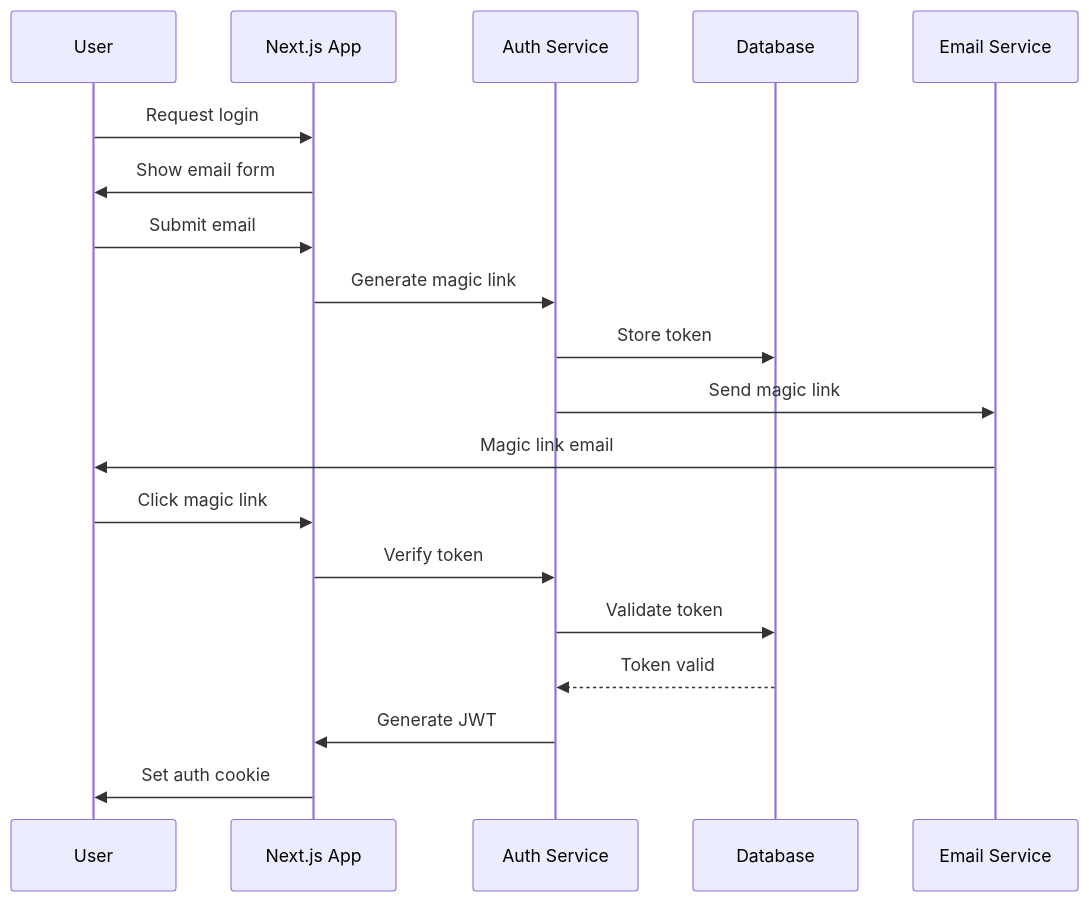
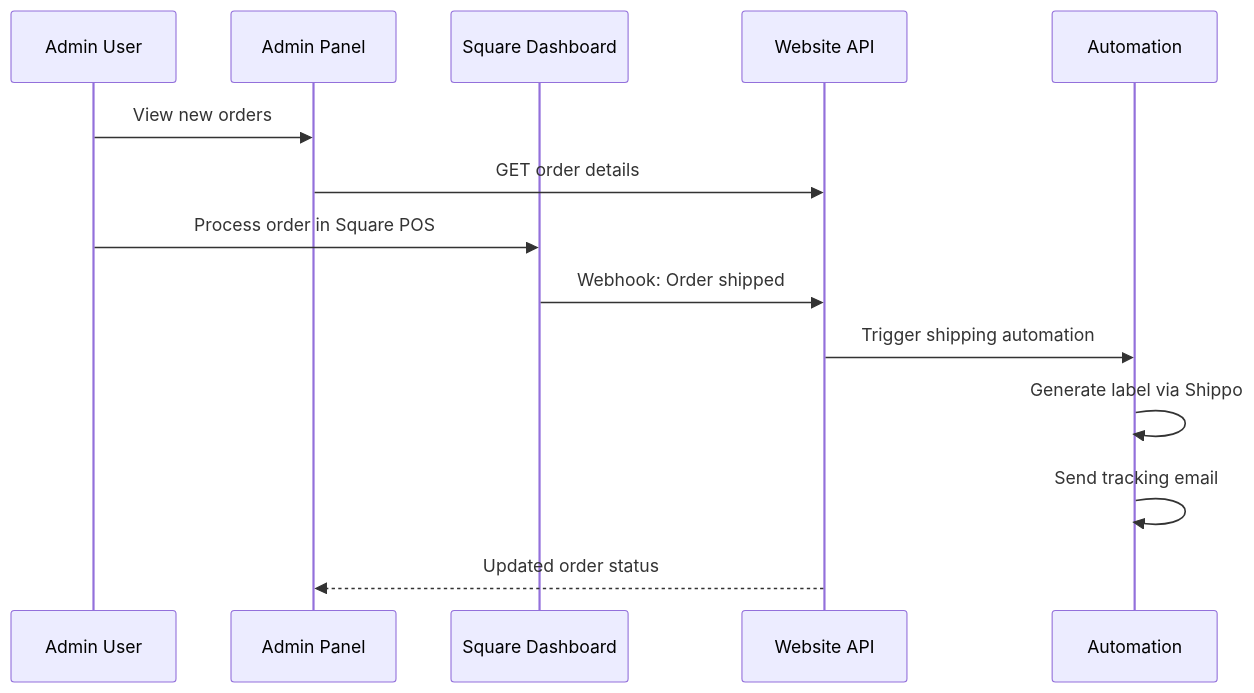
Before and after one commit to ReadySet1/destino-sf: the fourth of 4 diagrams in docs/architecture/system-overview.md, drawn with Mermaid. The commit also changed other lines of this file and 10 other files, not shown here.

````diff
--- a/docs/architecture/system-overview.md
+++ b/docs/architecture/system-overview.md
@@ -406,22 +146,17 @@
 ```mermaid
 sequenceDiagram
-    participant U as User
-    participant App as Next.js App
-    participant Auth as Auth Service
-    participant DB as Database
-    participant Email as Email Service
-
-    U->>App: Request login
-    App->>U: Show email form
-    U->>App: Submit email
-    App->>Auth: Generate magic link
-    Auth->>DB: Store token
-    Auth->>Email: Send magic link
-    Email->>U: Magic link email
-    U->>App: Click magic link
-    App->>Auth: Verify token
-    Auth->>DB: Validate token
-    DB-->>Auth: Token valid
-    Auth->>App: Generate JWT
-    App->>U: Set auth cookie
+    participant Admin as Admin User
+    participant AdminUI as Admin Panel
+    participant SquareUI as Square Dashboard
+    participant API as Website API
+    participant Auto as Automation
+    
+    Admin->>AdminUI: View new orders
+    AdminUI->>API: GET order details
+    Admin->>SquareUI: Process order in Square POS
+    SquareUI->>API: Webhook: Order shipped
+    API->>Auto: Trigger shipping automation
+    Auto->>Auto: Generate label via Shippo
+    Auto->>Auto: Send tracking email
+    API-->>AdminUI: Updated order status
 ```
````
